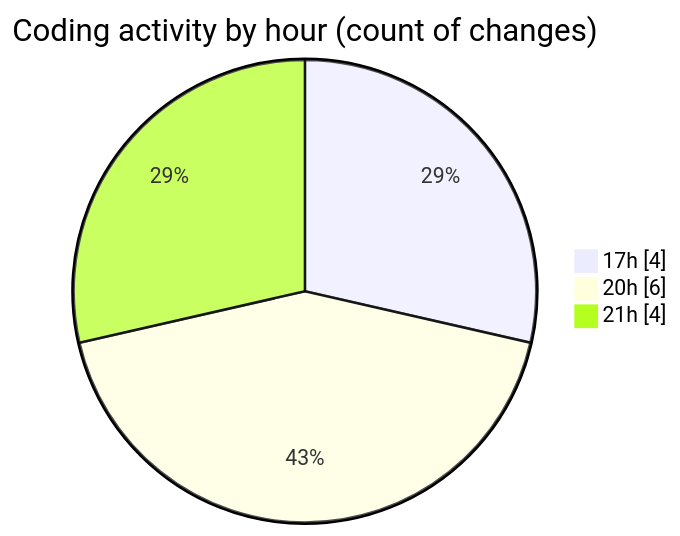
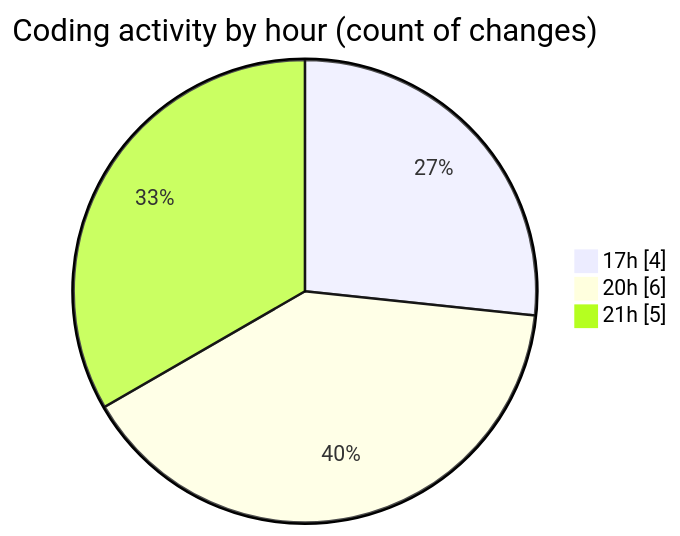
One commit to idhammustaqopulfikri/code-tracking changed the second of 2 diagrams in 2025-05-16/booking/README.md. Above: the diagram before and after it, drawn with Mermaid. The commit also changed other lines of this file and 1 other file, not shown here.

````diff
--- a/2025-05-16/booking/README.md
+++ b/2025-05-16/booking/README.md
@@ -39,7 +40,7 @@
 ```mermaid
 pie showData
 title Coding activity by hour (count of changes)
 "17h" : 4
 "20h" : 6
-"21h" : 4
+"21h" : 5
 ```
````
